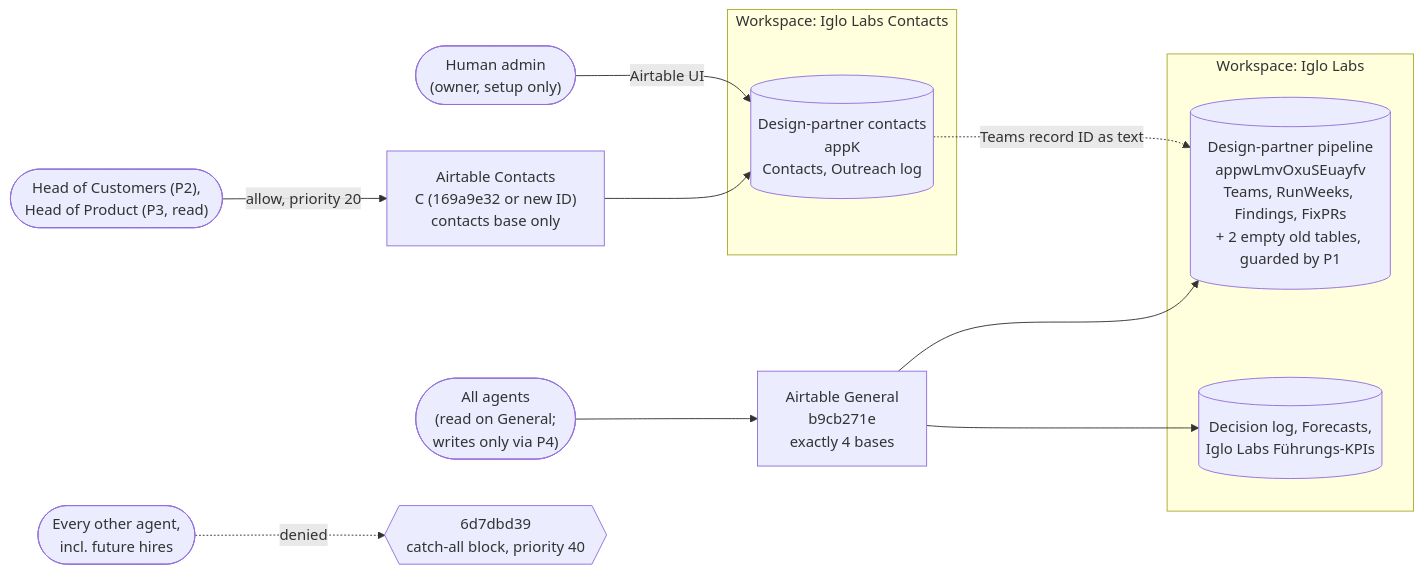
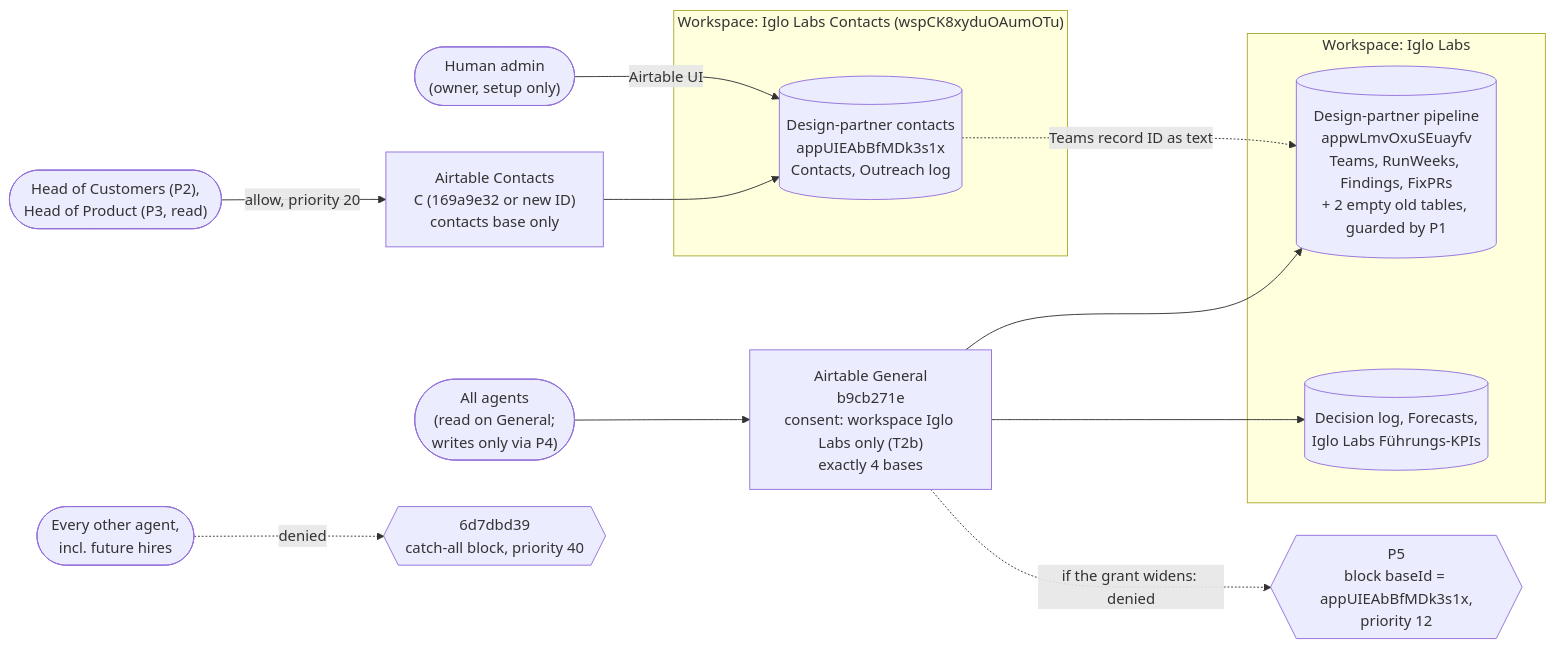
One commit to valentinpalkovic/Igglo changed the diagram in docs/architecture/adr/008-airtable-access-boundary.md. Above: the diagram before and after it, drawn with Mermaid. The commit also changed other lines of this file, not shown here.

First line of the commit message:
docs(adr): ADR-008 follows IGL-71 design revision 3

````diff
--- a/docs/architecture/adr/008-airtable-access-boundary.md
+++ b/docs/architecture/adr/008-airtable-access-boundary.md
@@ -184,29 +193,31 @@
 ```mermaid
 flowchart LR
   agents(["All agents<br/>(read on General;<br/>writes only via P4)"])
   pair(["Head of Customers (P2),<br/>Head of Product (P3, read)"])
   others(["Every other agent,<br/>incl. future hires"])
   human(["Human admin<br/>(owner, setup only)"])
 
-  general["Airtable General<br/>b9cb271e<br/>exactly 4 bases"]
+  general["Airtable General<br/>b9cb271e<br/>consent: workspace Iglo Labs only (T2b)<br/>exactly 4 bases"]
   conC["Airtable Contacts<br/>C (169a9e32 or new ID)<br/>contacts base only"]
   block{{"6d7dbd39<br/>catch-all block, priority 40"}}
+  guard{{"P5<br/>block baseId = appUIEAbBfMDk3s1x,<br/>priority 12"}}
 
   subgraph ws1["Workspace: Iglo Labs"]
     pipe[("Design-partner pipeline<br/>appwLmvOxuSEuayfv<br/>Teams, RunWeeks, Findings, FixPRs<br/>+ 2 empty old tables, guarded by P1")]
     other[("Decision log, Forecasts,<br/>Iglo Labs Führungs-KPIs")]
   end
 
-  subgraph ws2["Workspace: Iglo Labs Contacts"]
-    contacts[("Design-partner contacts<br/>appK<br/>Contacts, Outreach log")]
+  subgraph ws2["Workspace: Iglo Labs Contacts (wspCK8xyduOAumOTu)"]
+    contacts[("Design-partner contacts<br/>appUIEAbBfMDk3s1x<br/>Contacts, Outreach log")]
   end
 
   agents --> general
   general --> pipe
   general --> other
+  general -. "if the grant widens: denied" .-> guard
   pair -- "allow, priority 20" --> conC
   others -. "denied" .-> block
   conC --> contacts
   human -- "Airtable UI" --> contacts
   contacts -. "Teams record ID as text" .-> pipe
 ```
````
